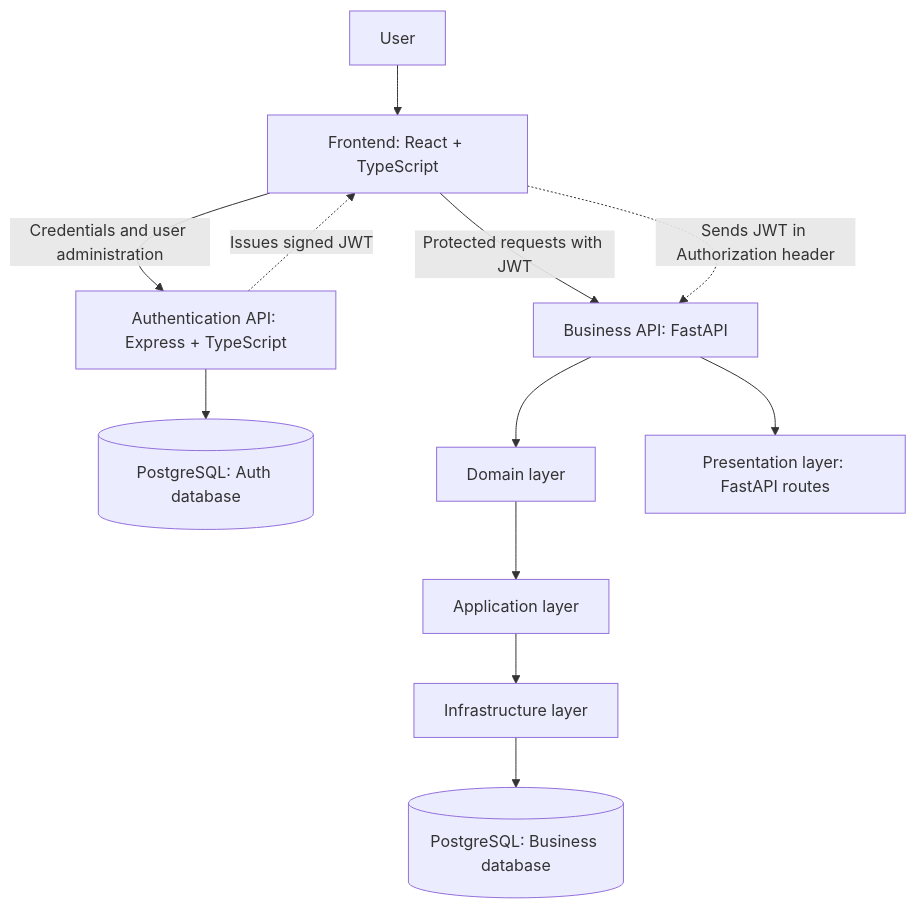
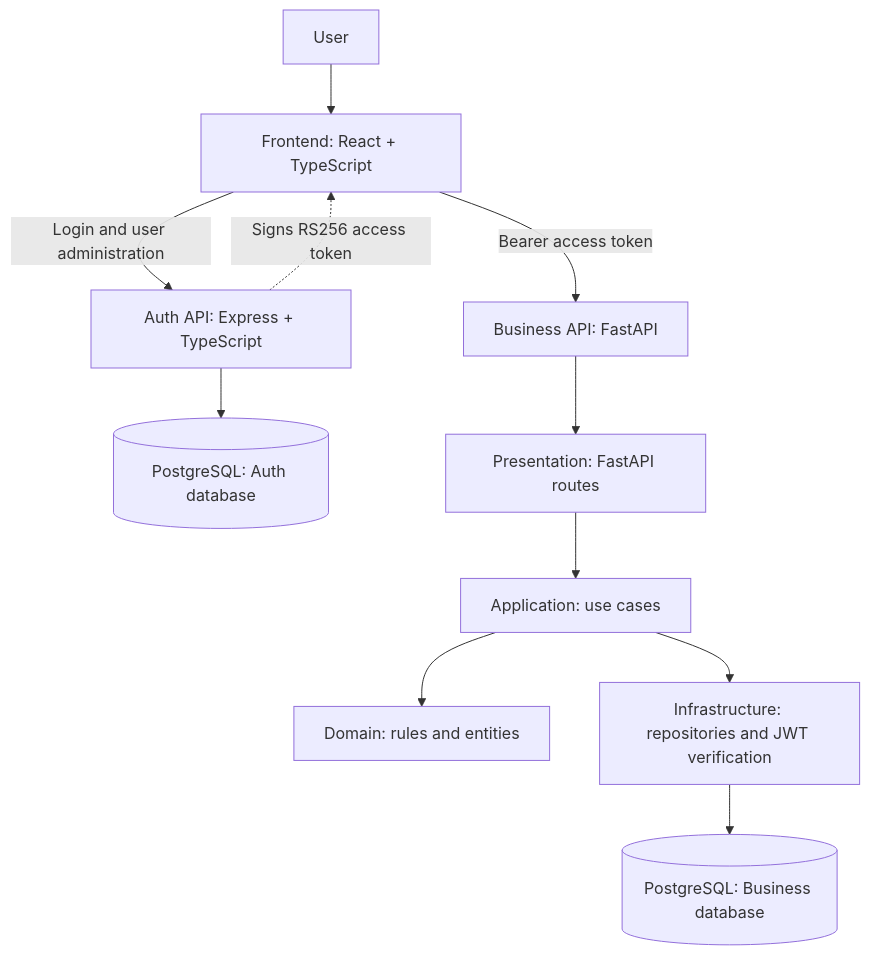
Before and after one commit to vanefRiwi/assesstment-engine-repair: the diagram in docs/architecture.md, drawn with Mermaid. The commit also changed other lines of this file, not shown here.

Commit message:
docs: update approved system architecture

````diff
--- a/docs/architecture.md
+++ b/docs/architecture.md
@@ -22,17 +23,13 @@
 ```mermaid
 flowchart TD
     USER[User] --> FE[Frontend: React + TypeScript]
-
-    FE -->|Credentials and user administration| AUTH[Authentication API: Express + TypeScript]
+    FE -->|Login and user administration| AUTH[Auth API: Express + TypeScript]
     AUTH --> AUTHDB[(PostgreSQL: Auth database)]
-
-    FE -->|Protected requests with JWT| BIZ[Business API: FastAPI]
-    BIZ --> DOMAIN[Domain layer]
-    DOMAIN --> APP[Application layer]
-    APP --> INFRA[Infrastructure layer]
+    AUTH -. Signs RS256 access token .-> FE
+    FE -->|Bearer access token| BIZ[Business API: FastAPI]
+    BIZ --> PRES[Presentation: FastAPI routes]
+    PRES --> APP[Application: use cases]
+    APP --> DOMAIN[Domain: rules and entities]
+    APP --> INFRA[Infrastructure: repositories and JWT verification]
     INFRA --> BIZDB[(PostgreSQL: Business database)]
-
-    BIZ --> PRES[Presentation layer: FastAPI routes]
-    AUTH -. Issues signed JWT .-> FE
-    FE -. Sends JWT in Authorization header .-> BIZ
 ```
````
